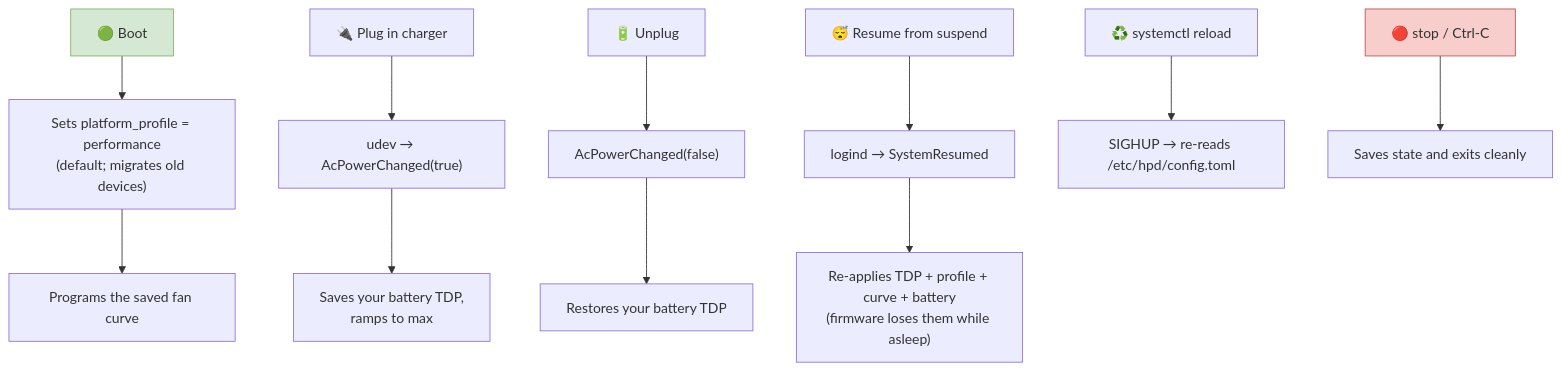
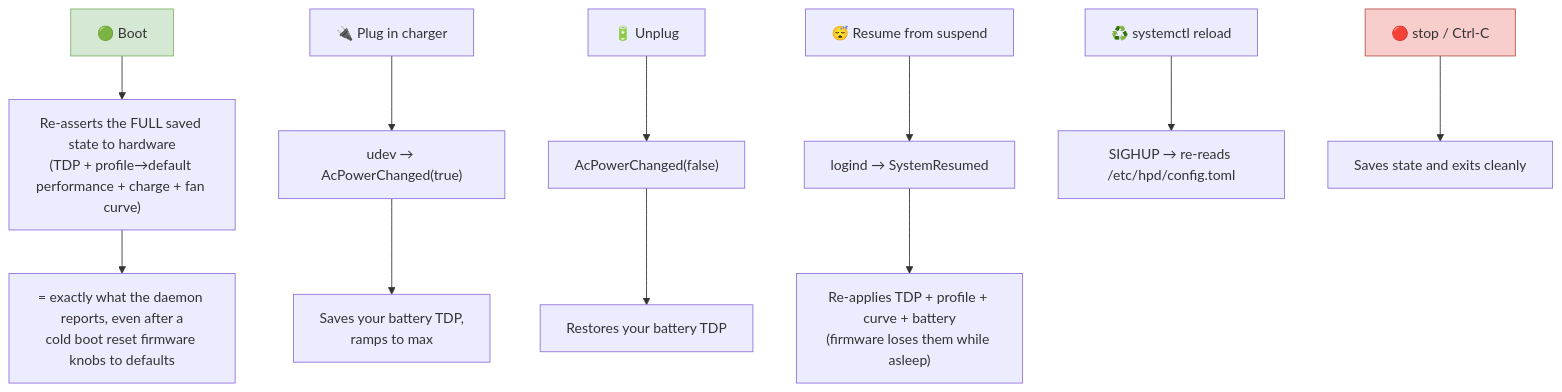
The fifth of 17 diagrams in docs/DIAGRAMS.md (CiroDev-Git/hpd-handheld-power-daemon), drawn with Mermaid before and after one commit. The commit also changed 12 other files, not shown here.

First line of the commit message:
Re-assert full state to hardware at boot — state/hardware consistency (2.4.1) (#16)

````diff
--- a/docs/DIAGRAMS.md
+++ b/docs/DIAGRAMS.md
@@ -132,19 +132,19 @@
 ```mermaid
 flowchart TD
-    BOOT["🟢 Boot"] --> B1["Sets platform_profile = performance<br/>(default; migrates old devices)"]
-    B1 --> B2["Programs the saved fan curve"]
+    BOOT["🟢 Boot"] --> B1["Re-asserts the FULL saved state to hardware<br/>(TDP + profile→default performance + charge + fan curve)"]
+    B1 --> B2["= exactly what the daemon reports, even after a<br/>cold boot reset firmware knobs to defaults"]
 
     AC["🔌 Plug in charger"] --> AC1["udev → AcPowerChanged(true)"]
     AC1 --> AC2["Saves your battery TDP,<br/>ramps to max"]
     ACU["🔋 Unplug"] --> ACU1["AcPowerChanged(false)"]
     ACU1 --> ACU2["Restores your battery TDP"]
 
     SLEEP["😴 Resume from suspend"] --> SL1["logind → SystemResumed"]
     SL1 --> SL2["Re-applies TDP + profile + curve + battery<br/>(firmware loses them while asleep)"]
 
     HUP["♻️ systemctl reload"] --> HUP1["SIGHUP → re-reads /etc/hpd/config.toml"]
     STOP["🔴 stop / Ctrl-C"] --> STOP1["Saves state and exits cleanly"]
 
     style BOOT fill:#d5e8d4,stroke:#82b366
     style STOP fill:#f8cecc,stroke:#b85450
 ```
````
